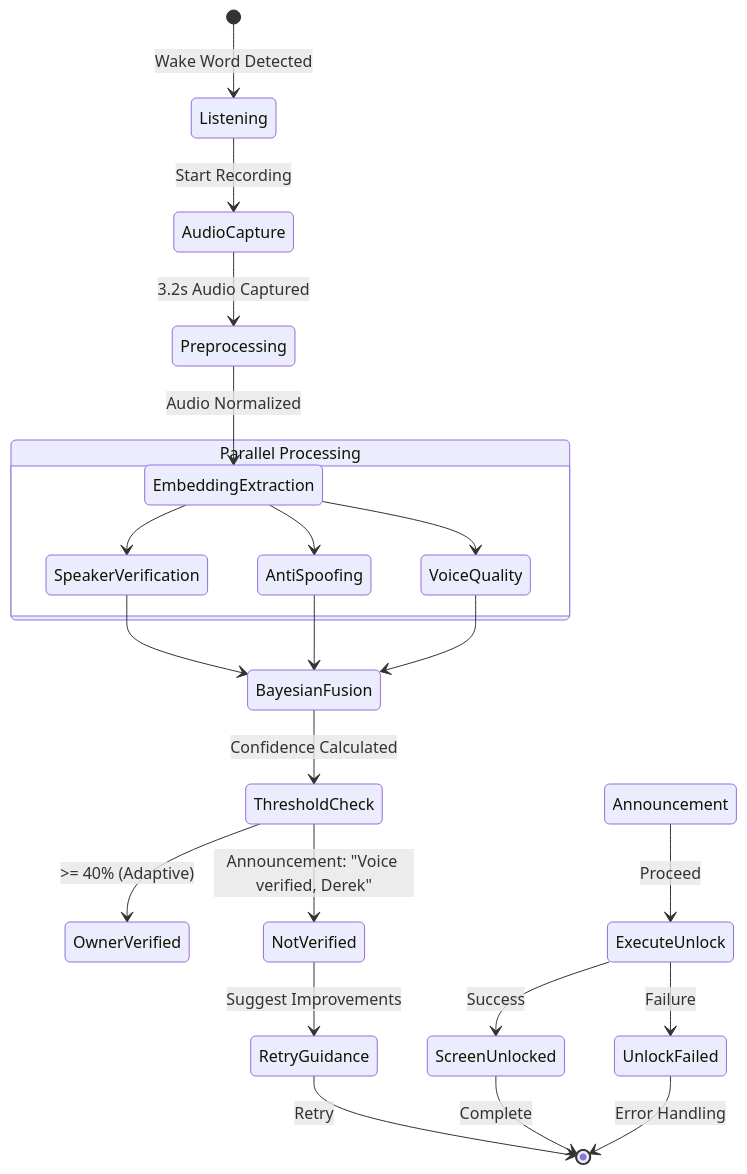
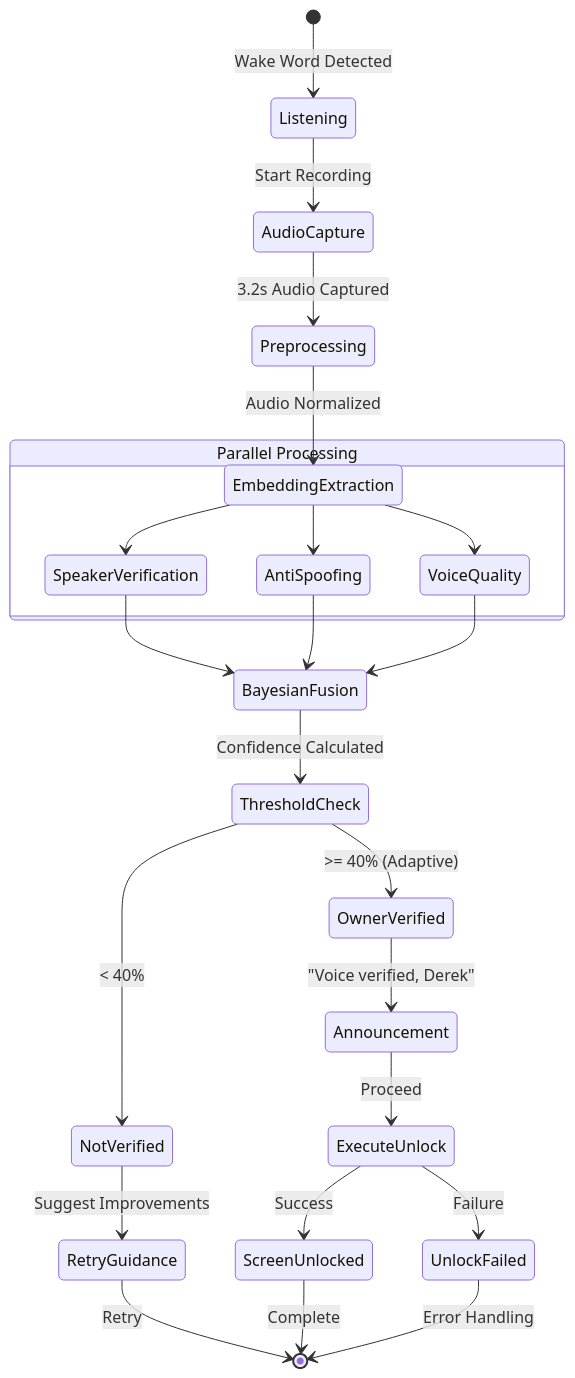
The seventh of 17 diagrams in VOICE_BIOMETRIC_INTELLIGENCE_ARCHITECTURE.md (nandkishorrathodk-art/Ironcliw-ai), drawn with Mermaid before and after one commit. The commit also changed other lines of this file, not shown here.

First line of the commit message:
refactor: Enhance Voice Biometric Intelligence documentation with improved formatting and clarity

````diff
--- a/VOICE_BIOMETRIC_INTELLIGENCE_ARCHITECTURE.md
+++ b/VOICE_BIOMETRIC_INTELLIGENCE_ARCHITECTURE.md
@@ -435,33 +462,36 @@
 ```mermaid
 stateDiagram-v2
- [*] --> Listening: Wake Word Detected
-
- Listening --> AudioCapture: Start Recording
- AudioCapture --> Preprocessing: 3.2s Audio Captured
-
- Preprocessing --> EmbeddingExtraction: Audio Normalized
-
- state "Parallel Processing" as PP {
- EmbeddingExtraction --> SpeakerVerification
- EmbeddingExtraction --> AntiSpoofing
- EmbeddingExtraction --> VoiceQuality }
-
- SpeakerVerification --> BayesianFusion
- AntiSpoofing --> BayesianFusion
- VoiceQuality --> BayesianFusion
-
- BayesianFusion --> ThresholdCheck: Confidence Calculated
-
- ThresholdCheck --> OwnerVerified: >= 40% (Adaptive)
- ThresholdCheck --> NotVerified:  Announcement: "Voice verified, Derek"
- NotVerified --> RetryGuidance: Suggest Improvements
-
- Announcement --> ExecuteUnlock: Proceed
- RetryGuidance --> [*]: Retry
-
- ExecuteUnlock --> ScreenUnlocked: Success
- ExecuteUnlock --> UnlockFailed: Failure
-
- ScreenUnlocked --> [*]: Complete
- UnlockFailed --> [*]: Error Handling
+    [*] --> Listening: Wake Word Detected
+    
+    Listening --> AudioCapture: Start Recording
+    AudioCapture --> Preprocessing: 3.2s Audio Captured
+    
+    Preprocessing --> EmbeddingExtraction: Audio Normalized
+    
+    state "Parallel Processing" as PP {
+        EmbeddingExtraction --> SpeakerVerification
+        EmbeddingExtraction --> AntiSpoofing
+        EmbeddingExtraction --> VoiceQuality
+    }
+    
+    SpeakerVerification --> BayesianFusion
+    AntiSpoofing --> BayesianFusion
+    VoiceQuality --> BayesianFusion
+    
+    BayesianFusion --> ThresholdCheck: Confidence Calculated
+    
+    ThresholdCheck --> OwnerVerified: >= 40% (Adaptive)
+    ThresholdCheck --> NotVerified: < 40%
+    
+    OwnerVerified --> Announcement: "Voice verified, Derek"
+    NotVerified --> RetryGuidance: Suggest Improvements
+    
+    Announcement --> ExecuteUnlock: Proceed
+    RetryGuidance --> [*]: Retry
+    
+    ExecuteUnlock --> ScreenUnlocked: Success
+    ExecuteUnlock --> UnlockFailed: Failure
+    
+    ScreenUnlocked --> [*]: Complete
+    UnlockFailed --> [*]: Error Handling
 ```
````
